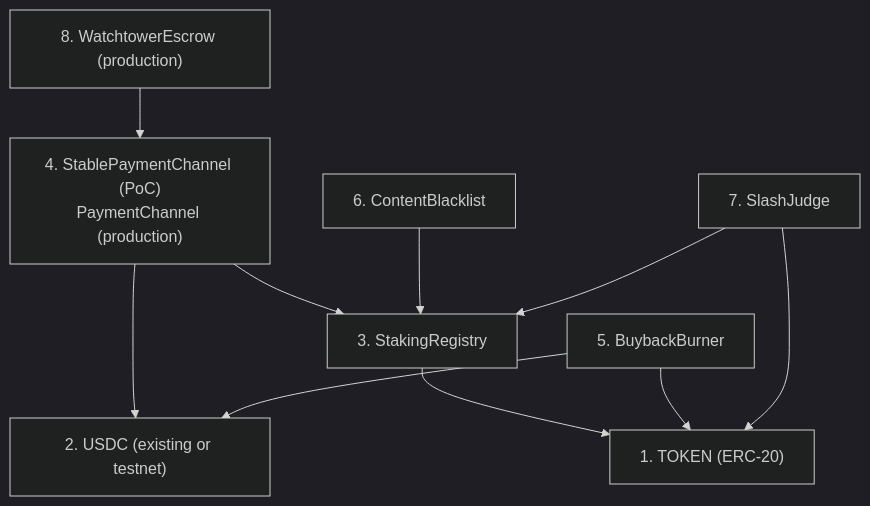
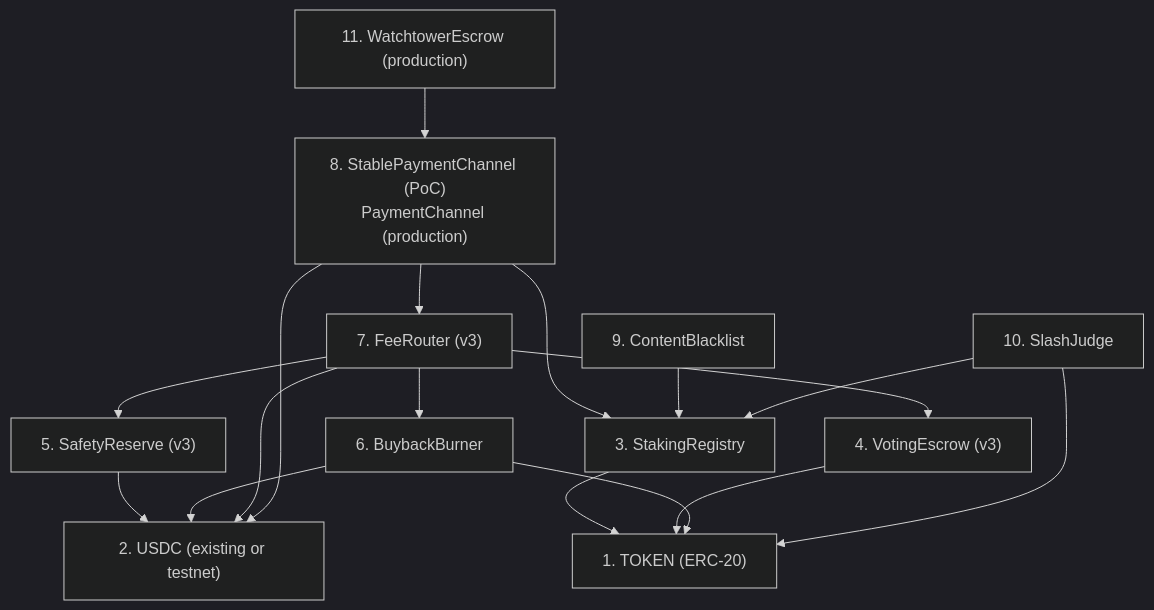
The second of 6 diagrams in adr/016-contract-interactions.md (decdn/decdn), drawn with Mermaid (dark theme) before and after one commit. The commit also changed other lines of this file and 21 other files, not shown here.

````diff
--- a/adr/016-contract-interactions.md
+++ b/adr/016-contract-interactions.md
@@ -37,21 +105,31 @@
 ```mermaid
 graph TD
     TOKEN["1. TOKEN (ERC-20)"]
     USDC["2. USDC (existing or testnet)"]
     SR["3. StakingRegistry"]
-    SPC["4. StablePaymentChannel (PoC)<br/>PaymentChannel (production)"]
-    BB["5. BuybackBurner"]
-    CB["6. ContentBlacklist"]
-    SJ["7. SlashJudge"]
-    WE["8. WatchtowerEscrow (production)"]
+    VE["4. VotingEscrow (v3)"]
+    SAFE["5. SafetyReserve (v3)"]
+    BB["6. BuybackBurner"]
+    FR["7. FeeRouter (v3)"]
+    SPC["8. StablePaymentChannel (PoC)<br/>PaymentChannel (production)"]
+    CB["9. ContentBlacklist"]
+    SJ["10. SlashJudge"]
+    WE["11. WatchtowerEscrow (production)"]
 
     SR --> TOKEN
+    VE --> TOKEN
+    SAFE --> USDC
+    BB --> TOKEN
+    BB --> USDC
+    FR --> USDC
+    FR --> BB
+    FR --> SAFE
+    FR --> VE
     SPC --> USDC
     SPC --> SR
-    BB --> TOKEN
-    BB --> USDC
+    SPC --> FR
     CB --> SR
     SJ --> SR
     SJ --> TOKEN
     WE --> SPC
 ```
````
